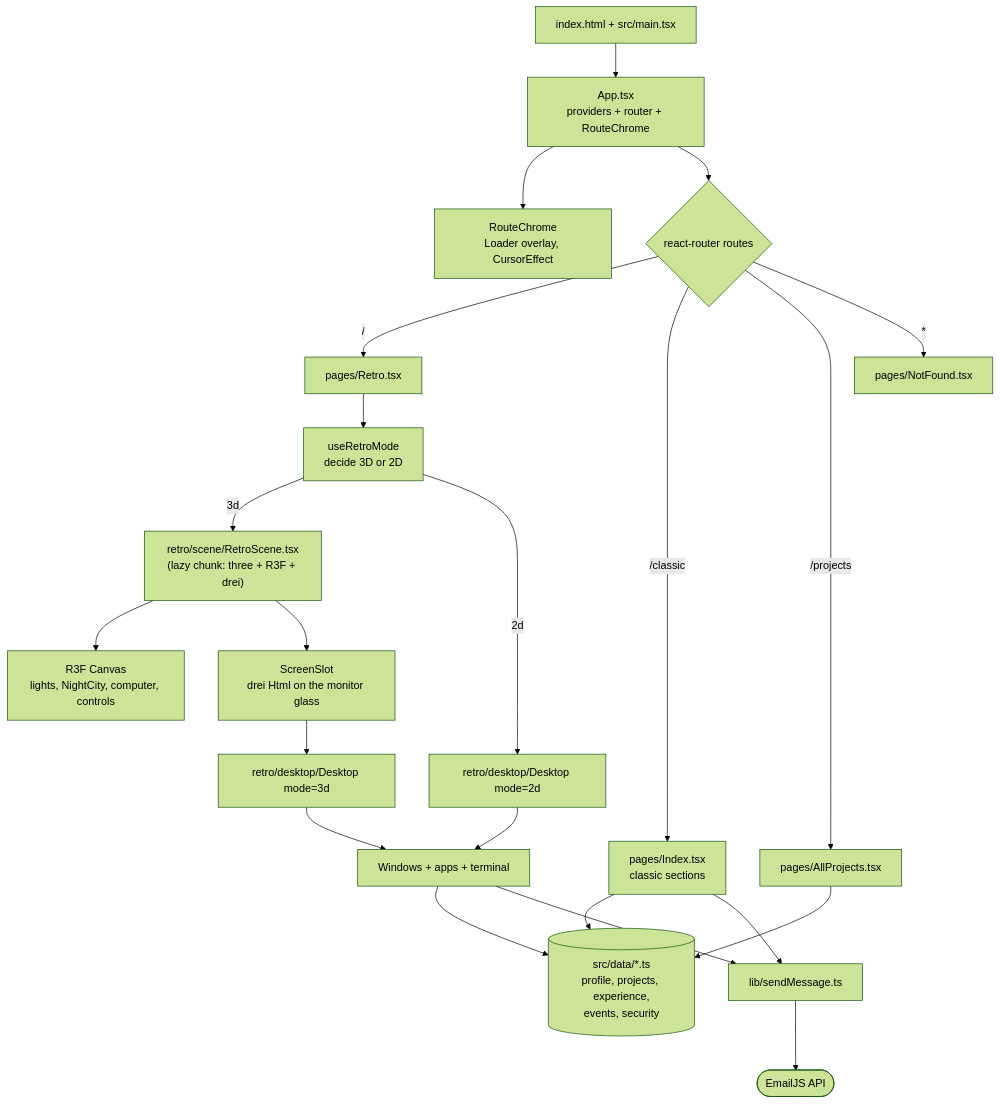
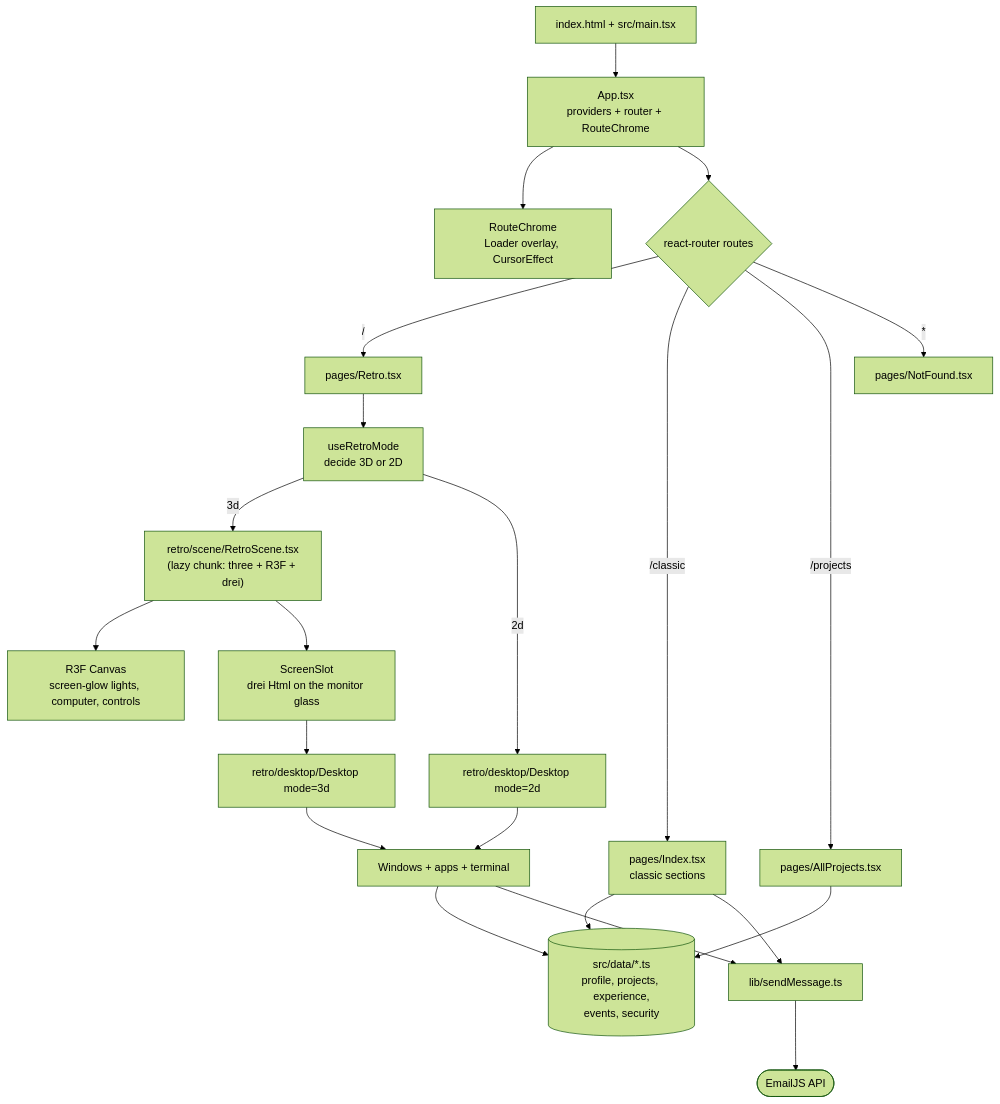
Before and after one commit to LinhL1/linh-le-2: the first of 2 diagrams in docs/ARCHITECTURE.md, drawn with Mermaid (forest theme). The commit also changed other lines of this file and 12 other files, not shown here.

````diff
--- a/docs/ARCHITECTURE.md
+++ b/docs/ARCHITECTURE.md
@@ -19,30 +19,30 @@
 ```mermaid
 graph TD
     Browser["index.html + src/main.tsx"] --> App["App.tsx<br/>providers + router + RouteChrome"]
     App --> Chrome["RouteChrome<br/>Loader overlay, CursorEffect"]
     App --> Router{"react-router routes"}
 
     Router -->|"/"| Retro["pages/Retro.tsx"]
     Router -->|"/classic"| Index["pages/Index.tsx<br/>classic sections"]
     Router -->|"/projects"| AllProjects["pages/AllProjects.tsx"]
     Router -->|"*"| NotFound["pages/NotFound.tsx"]
 
     Retro --> Mode["useRetroMode<br/>decide 3D or 2D"]
     Mode -->|3d| Scene["retro/scene/RetroScene.tsx<br/>(lazy chunk: three + R3F + drei)"]
     Mode -->|2d| Desktop2D["retro/desktop/Desktop mode=2d"]
 
-    Scene --> Canvas["R3F Canvas<br/>lights, NightCity, computer, controls"]
+    Scene --> Canvas["R3F Canvas<br/>screen-glow lights, computer, controls"]
     Scene --> ScreenSlot["ScreenSlot<br/>drei Html on the monitor glass"]
     ScreenSlot --> Desktop3D["retro/desktop/Desktop mode=3d"]
 
     Desktop2D --> Apps["Windows + apps + terminal"]
     Desktop3D --> Apps
 
     Data[("src/data/*.ts<br/>profile, projects, experience,<br/>events, security")]
     Apps --> Data
     Index --> Data
     AllProjects --> Data
     Index --> Send["lib/sendMessage.ts"]
     Apps --> Send
     Send --> EmailJS(["EmailJS API"])
 ```
````
